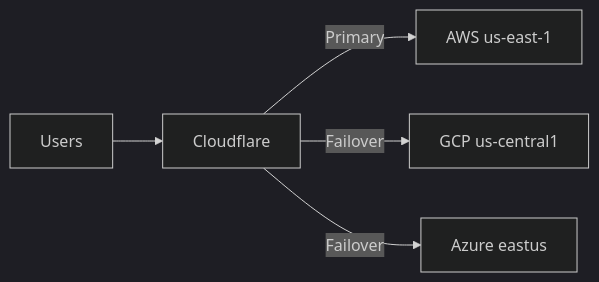
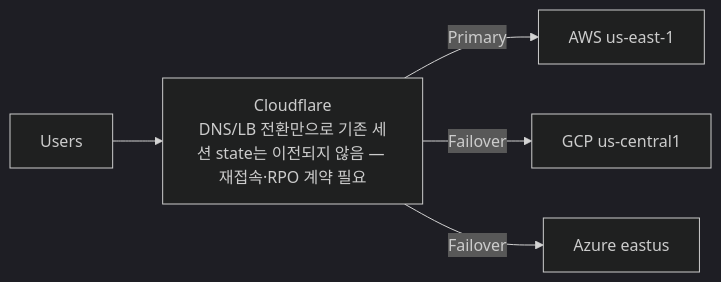
One commit to Rein-ArXiv/game-dev-curriculum changed the ninth of 9 diagrams in live_service/part09_game_server_fleet.md. Above: the diagram before and after it, drawn with Mermaid (dark theme). The commit also changed other lines of this file and 279 other files, not shown here.

````diff
--- a/live_service/part09_game_server_fleet.md
+++ b/live_service/part09_game_server_fleet.md
@@ -785,7 +816,7 @@
 ```mermaid
 flowchart LR
-    Users[Users] --> CF[Cloudflare]
+    Users[Users] --> CF[Cloudflare<br/>DNS/LB 전환만으로 기존 세션 state는 이전되지 않음 — 재접속·RPO 계약 필요]
     CF -->|Primary| AWS[AWS us-east-1]
     CF -->|Failover| GCP[GCP us-central1]
     CF -->|Failover| Azure[Azure eastus]
 ```
````
